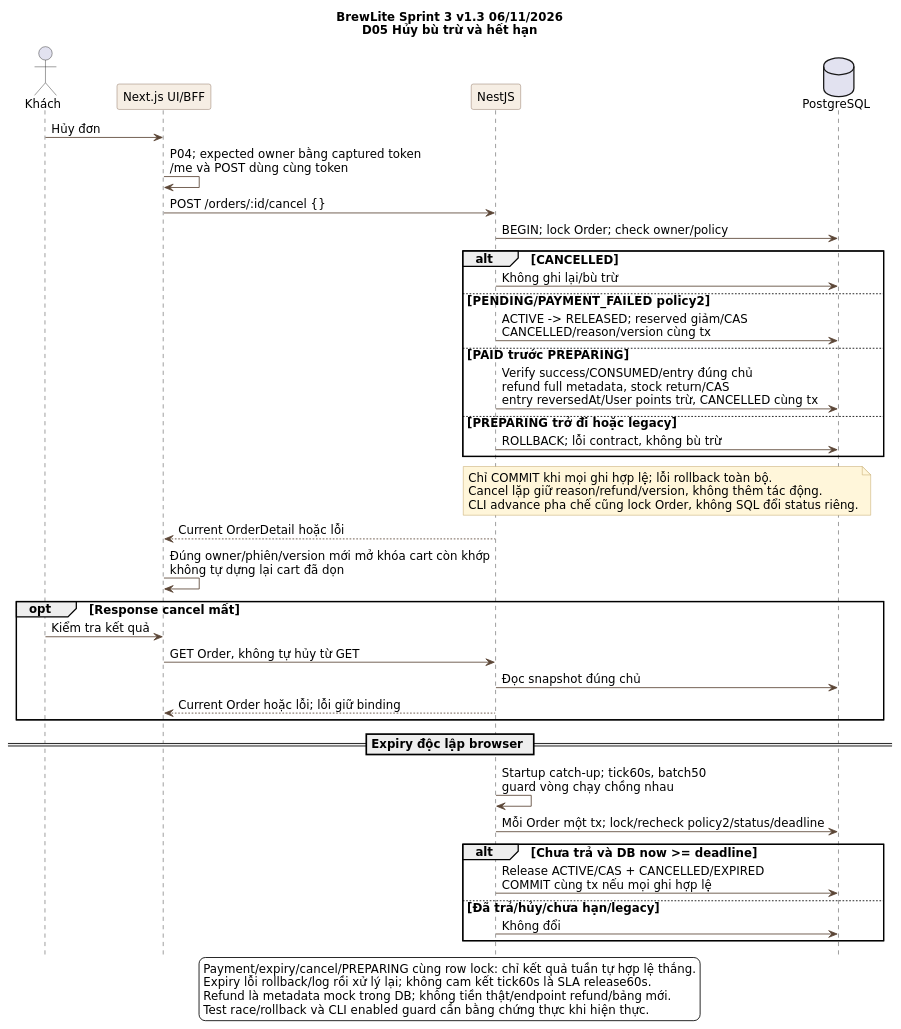
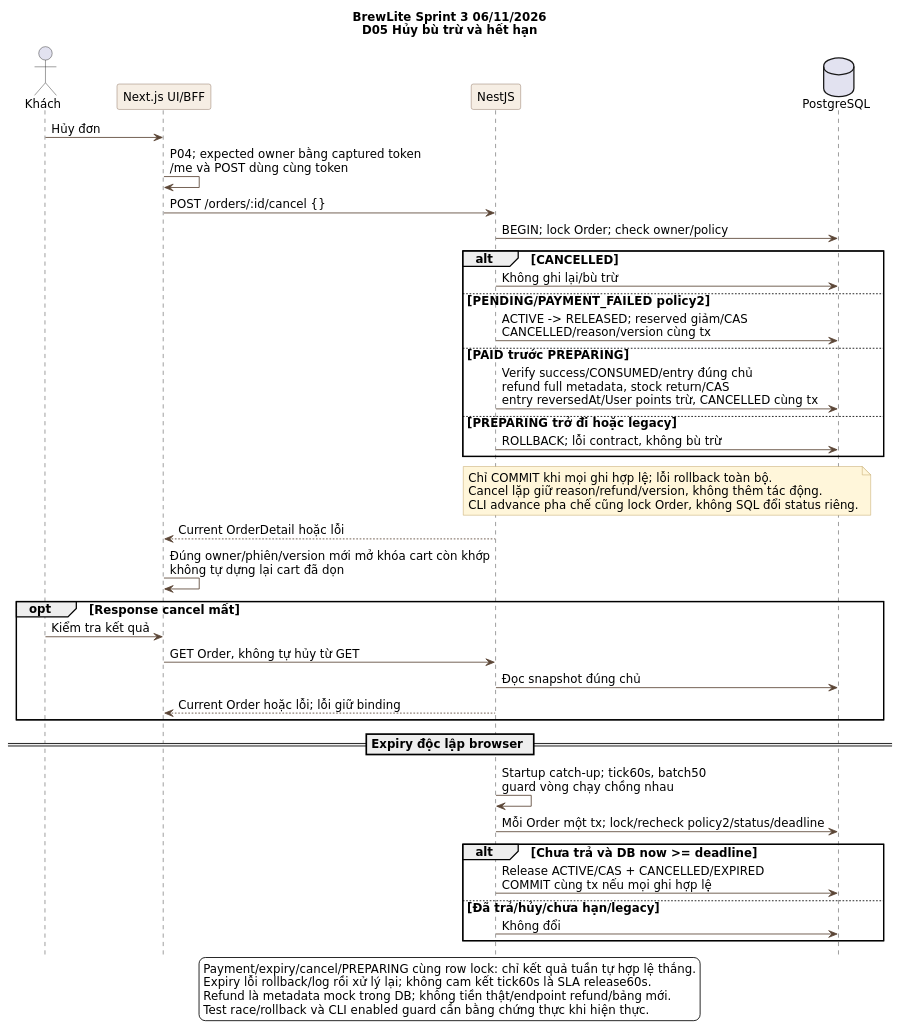
The third of 3 diagrams in docs/diagrams/sprint3/sequence-checkout.puml (giabaot400-boop/BrewLite), drawn with PlantUML before and after one commit. The commit also changed other lines of this file and 49 other files, not shown here.

```diff
--- a/docs/diagrams/sprint3/sequence-checkout.puml
+++ b/docs/diagrams/sprint3/sequence-checkout.puml
@@ -146,57 +146,57 @@
 @startuml sequence-checkout-cancel-expiry
-title BrewLite Sprint 3 v1.3 06/11/2026\nD05 Hủy bù trừ và hết hạn
+title BrewLite Sprint 3 06/11/2026\nD05 Hủy bù trừ và hết hạn
 skinparam defaultFontName DejaVu Sans
 skinparam defaultFontSize 14
 skinparam shadowing false
 skinparam backgroundColor #FFFFFF
 skinparam ArrowColor #5B4636
 skinparam noteBackgroundColor #FFF6DA
 skinparam noteBorderColor #B89551
 hide footbox
 skinparam sequenceParticipantBackgroundColor #F6EEE4
 skinparam sequenceParticipantBorderColor #80644F
 actor Khách as K
 participant "Next.js UI/BFF" as UI
 participant NestJS as API
 database PostgreSQL as DB
 K -> UI : Hủy đơn
 UI -> UI : P04; expected owner bằng captured token\n/me và POST dùng cùng token
 UI -> API : POST /orders/:id/cancel {}
 API -> DB : BEGIN; lock Order; check owner/policy
 alt CANCELLED
  API -> DB : Không ghi lại/bù trừ
 else PENDING/PAYMENT_FAILED policy2
  API -> DB : ACTIVE -> RELEASED; reserved giảm/CAS\nCANCELLED/reason/version cùng tx
 else PAID trước PREPARING
  API -> DB : Verify success/CONSUMED/entry đúng chủ\nrefund full metadata, stock return/CAS\nentry reversedAt/User points trừ, CANCELLED cùng tx
 else PREPARING trở đi hoặc legacy
  API -> DB : ROLLBACK; lỗi contract, không bù trừ
 end
 note over API,DB
  Chỉ COMMIT khi mọi ghi hợp lệ; lỗi rollback toàn bộ.
  Cancel lặp giữ reason/refund/version, không thêm tác động.
  CLI advance pha chế cũng lock Order, không SQL đổi status riêng.
 end note
 API --> UI : Current OrderDetail hoặc lỗi
 UI -> UI : Đúng owner/phiên/version mới mở khóa cart còn khớp\nkhông tự dựng lại cart đã dọn
 opt Response cancel mất
  K -> UI : Kiểm tra kết quả
  UI -> API : GET Order, không tự hủy từ GET
  API -> DB : Đọc snapshot đúng chủ
  API --> UI : Current Order hoặc lỗi; lỗi giữ binding
 end
 == Expiry độc lập browser ==
 API -> API : Startup catch-up; tick60s, batch50\nguard vòng chạy chồng nhau
 API -> DB : Mỗi Order một tx; lock/recheck policy2/status/deadline
 alt Chưa trả và DB now >= deadline
  API -> DB : Release ACTIVE/CAS + CANCELLED/EXPIRED\nCOMMIT cùng tx nếu mọi ghi hợp lệ
 else Đã trả/hủy/chưa hạn/legacy
  API -> DB : Không đổi
 end
 legend bottom
   Payment/expiry/cancel/PREPARING cùng row lock: chỉ kết quả tuần tự hợp lệ thắng.
   Expiry lỗi rollback/log rồi xử lý lại; không cam kết tick60s là SLA release60s.
   Refund là metadata mock trong DB; không tiền thật/endpoint refund/bảng mới.
   Test race/rollback và CLI enabled guard cần bằng chứng thực khi hiện thực.
 endlegend
 @enduml
```
